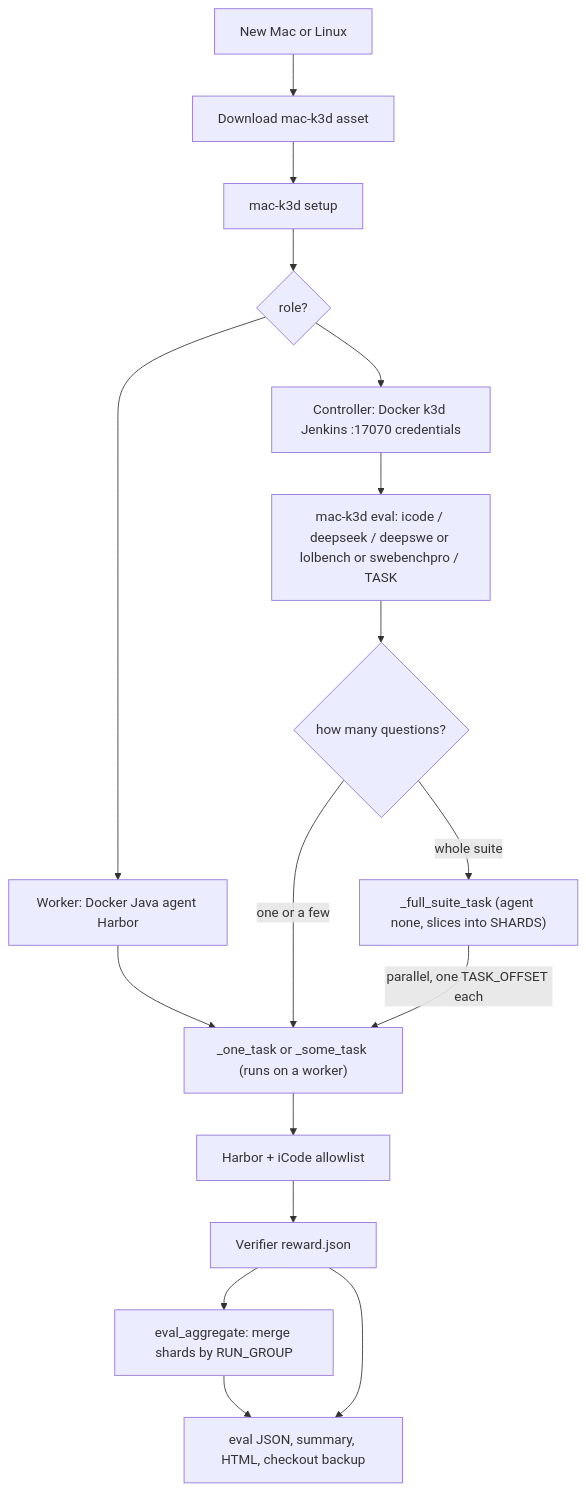
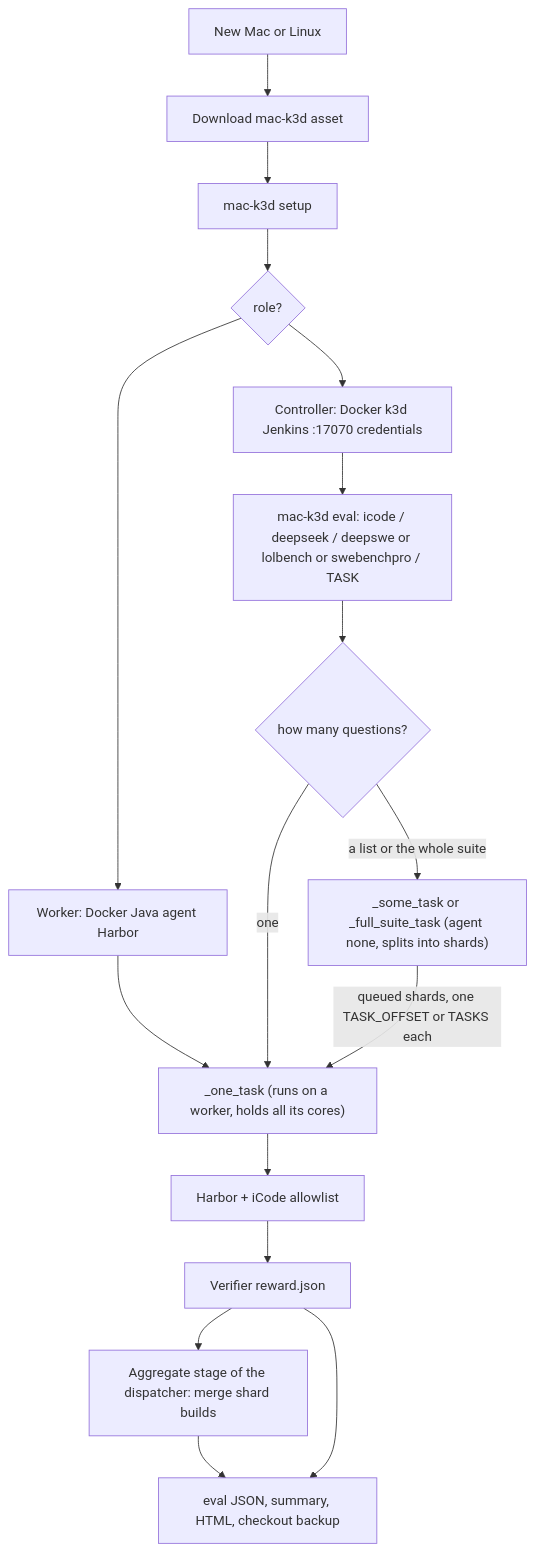
Before and after one commit to Toby-Yu/mac-k3d: the diagram in docs/workflow.md, drawn with Mermaid. The commit also changed other lines of this file and 31 other files, not shown here.

````diff
--- a/docs/workflow.md
+++ b/docs/workflow.md
@@ -42,32 +42,32 @@
 ```mermaid
 flowchart TD
   newHost["New Mac or Linux"]
   bin["Download mac-k3d asset"]
   setup["mac-k3d setup"]
   role{"role?"}
   ctrl["Controller: Docker k3d Jenkins :17070 credentials"]
   work["Worker: Docker Java agent Harbor"]
   evalCli["mac-k3d eval: icode / deepseek / deepswe or lolbench or swebenchpro / TASK"]
   shape{"how many questions?"}
-  job["<benchmark>_one_task or _some_task (runs on a worker)"]
-  disp["<benchmark>_full_suite_task (agent none, slices into SHARDS)"]
+  job["<benchmark>_one_task (runs on a worker, holds all its cores)"]
+  disp["<benchmark>_some_task or _full_suite_task (agent none, splits into shards)"]
   harborA["Harbor + iCode allowlist"]
   grade["Verifier reward.json"]
-  agg["eval_aggregate: merge shards by RUN_GROUP"]
+  agg["Aggregate stage of the dispatcher: merge shard builds"]
   json["eval JSON, summary, HTML, checkout backup"]
 
   newHost --> bin --> setup --> role
   role --> ctrl
   role --> work
   ctrl --> evalCli
   work --> job
   evalCli --> shape
-  shape -->|one or a few| job
-  shape -->|whole suite| disp
-  disp -->|parallel, one TASK_OFFSET each| job
+  shape -->|one| job
+  shape -->|a list or the whole suite| disp
+  disp -->|queued shards, one TASK_OFFSET or TASKS each| job
   job --> harborA
   harborA --> grade
   grade --> agg
   agg --> json
   grade --> json
 ```
````
